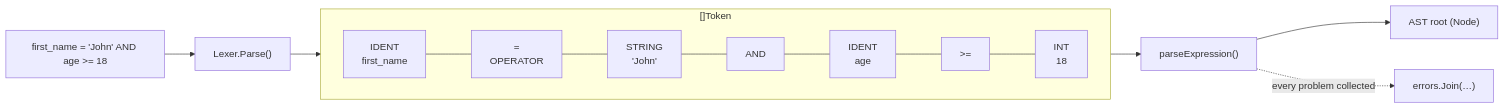
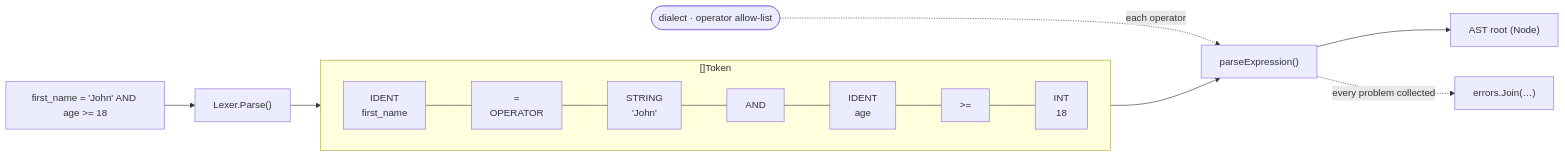
One commit to slashdevops/qfv changed the first of 5 diagrams in docs/filtering.md. Above: the diagram before and after it, drawn with Mermaid. The commit also changed other lines of this file and 11 other files, not shown here.

````diff
--- a/docs/filtering.md
+++ b/docs/filtering.md
@@ -26,14 +30,15 @@
 ```mermaid
 flowchart LR
     IN["first_name = 'John' AND age >= 18"] --> LEX["Lexer.Parse()"]
 
     subgraph tokens["[]Token"]
         direction LR
         t1["IDENT<br/>first_name"] --- t2["=<br/>OPERATOR"] --- t3["STRING<br/>'John'"] --- t4["AND"] --- t5["IDENT<br/>age"] --- t6[">="] --- t7["INT<br/>18"]
     end
 
     LEX --> tokens
     tokens --> PAR["parseExpression()"]
     PAR --> AST["AST root (Node)"]
+    DIA(["dialect · operator allow-list"]) -. "each operator" .-> PAR
     PAR -. "every problem collected" .-> ERR["errors.Join(…)"]
 ```
````
